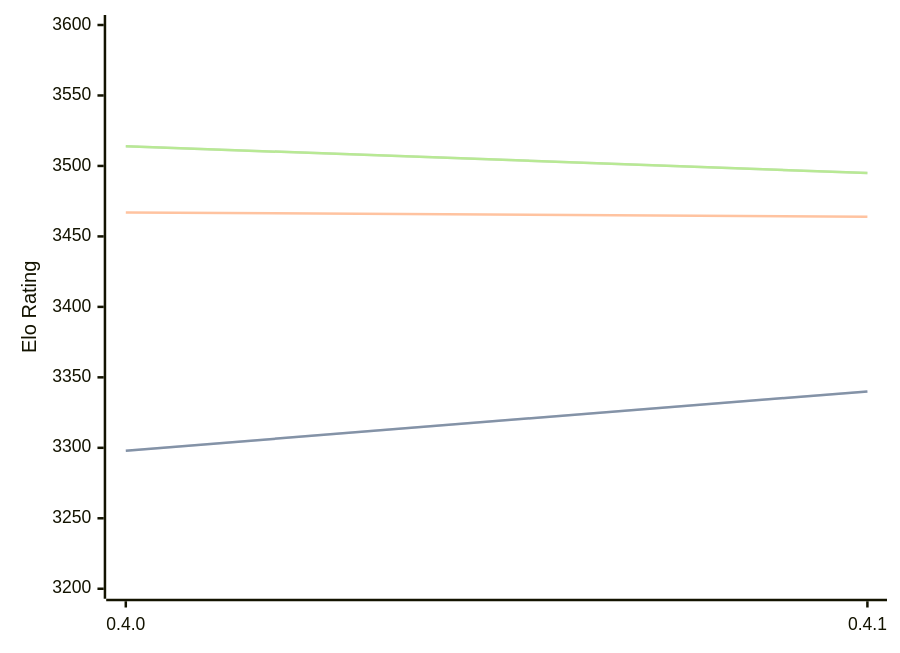
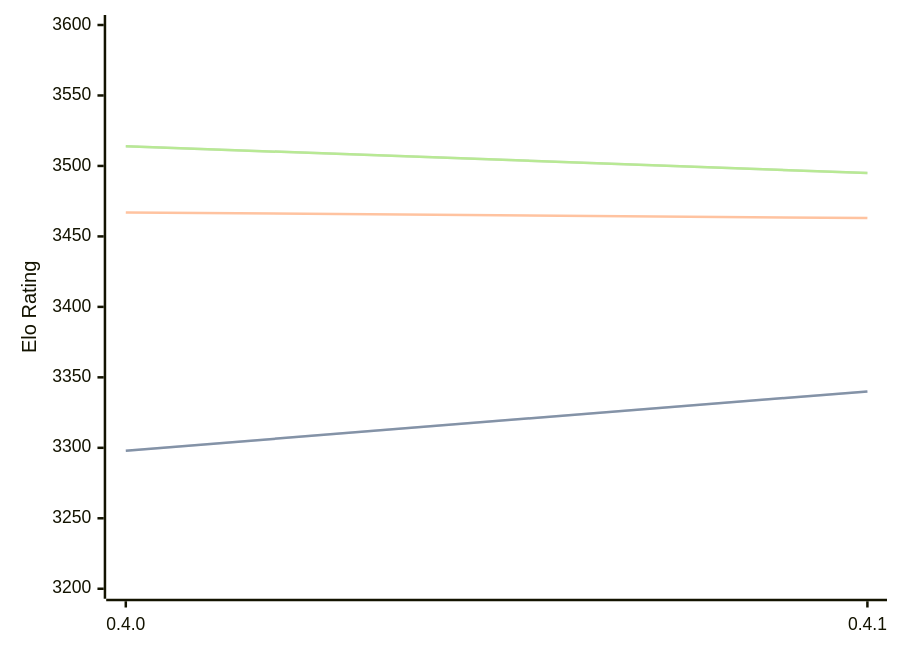
One commit to computer-chess-index/cci changed the third of 3 diagrams in engines/Cinder.md. Above: the diagram before and after it, drawn with Mermaid. The commit also changed other lines of this file, not shown here.

````diff
--- a/engines/Cinder.md
+++ b/engines/Cinder.md
@@ -73,11 +74,11 @@
 ```mermaid
 %%{init: {"theme":"base","themeVariables":{"seriesColors:['#a3a3a3','#222221','#faa371']}}}%%
 xychart-beta
   x-axis ["0.4.0", "0.4.1"]
   y-axis "Elo Rating" 3200 --> 3600
   line "STC (8.0+0.08s)" [3298, 3340]
   line "STC (8.0+0.08s)" [3298, 3340]
-  line "LTC (60.0+0.60s)" [3467, 3464]
+  line "LTC (60.0+0.60s)" [3467, 3463]
   line "VLTC (2m24s+1.12s)" [3514, 3495]
   line "VLTC (2m24s+1.12s)" [3514, 3495]
 ```
````
